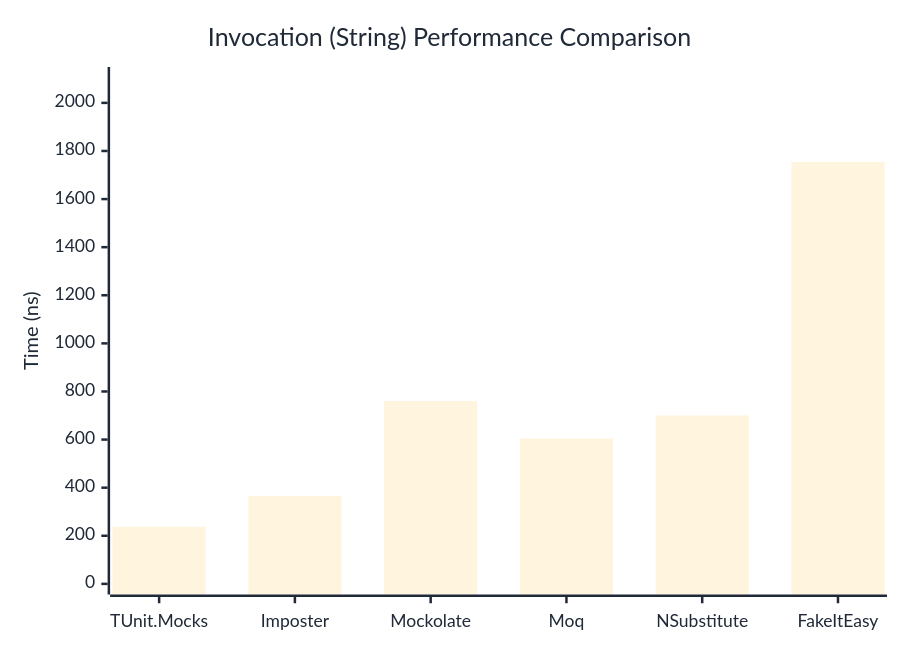
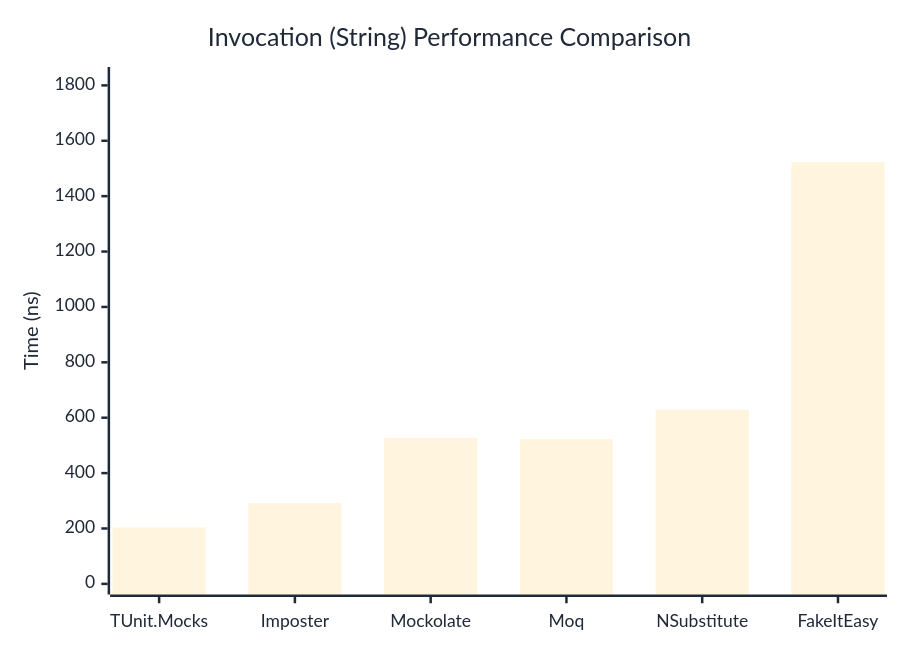
One commit to thomhurst/TUnit changed the second of 3 diagrams in docs/docs/benchmarks/mocks/Invocation.md. Above: the diagram before and after it, drawn with Mermaid. The commit also changed other lines of this file and 13 other files, not shown here.

````diff
--- a/docs/docs/benchmarks/mocks/Invocation.md
+++ b/docs/docs/benchmarks/mocks/Invocation.md
@@ -69,27 +69,27 @@
 ```mermaid
 %%{init: {
   'theme':'base',
   'themeVariables': {
     'primaryColor': '#2563eb',
     'primaryTextColor': '#1f2937',
     'primaryBorderColor': '#1e40af',
     'lineColor': '#6b7280',
     'secondaryColor': '#7c3aed',
     'tertiaryColor': '#dc2626',
     'background': '#ffffff',
     'pie1': '#2563eb',
     'pie2': '#7c3aed',
     'pie3': '#dc2626',
     'pie4': '#f59e0b',
     'pie5': '#10b981',
     'pie6': '#06b6d4',
     'pie7': '#ec4899',
     'pie8': '#6366f1'
   }
 }}%%
 xychart-beta
   title "Invocation (String) Performance Comparison"
   x-axis ["TUnit.Mocks", "Imposter", "Mockolate", "Moq", "NSubstitute", "FakeItEasy"]
-  y-axis "Time (ns)" 0 --> 2105
-  bar [237.3, 365.5, 760.2, 604.7, 700.3, 1754]
+  y-axis "Time (ns)" 0 --> 1828
+  bar [203.8, 291.8, 526.6, 523.3, 628.4, 1522.7]
 ```
````
